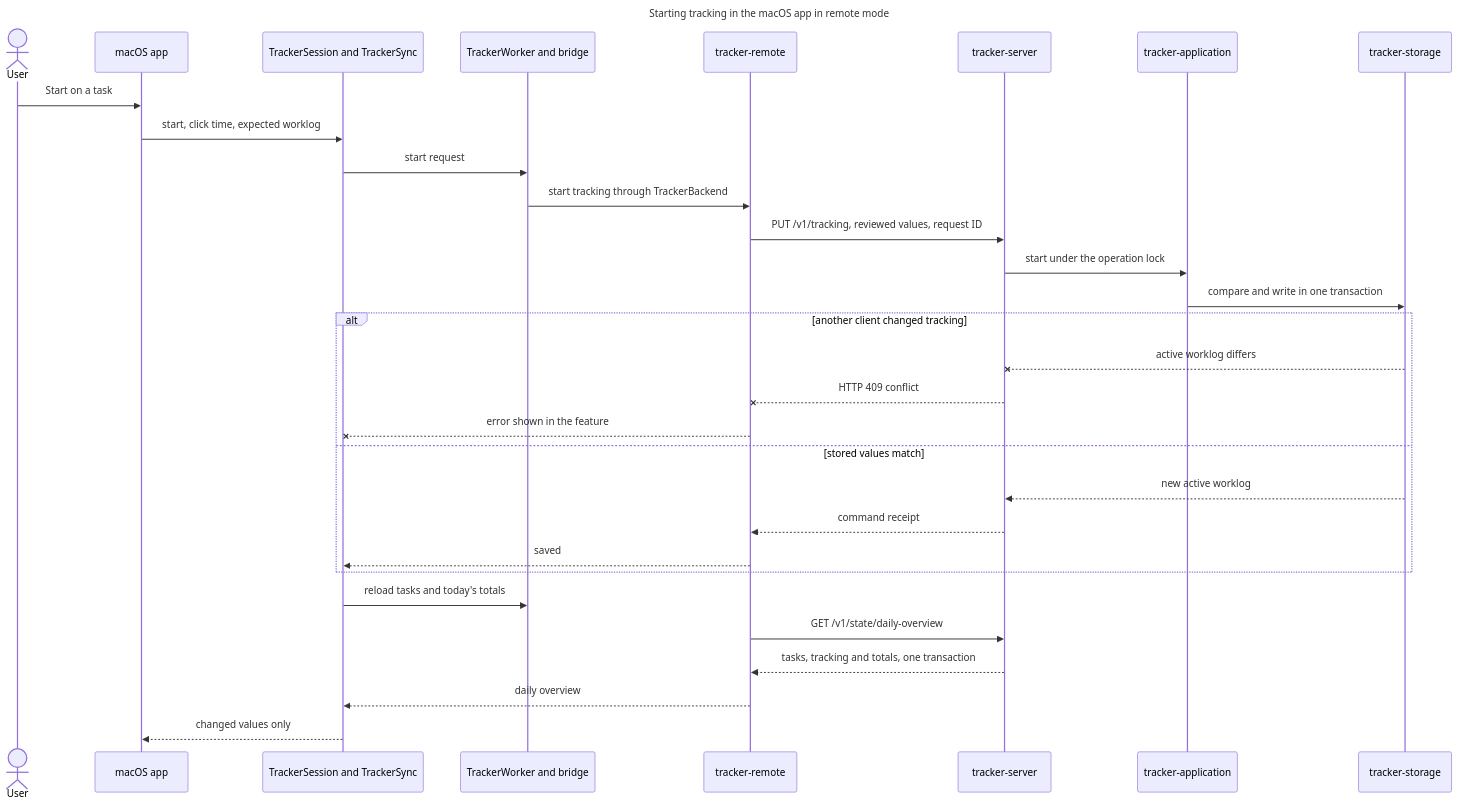
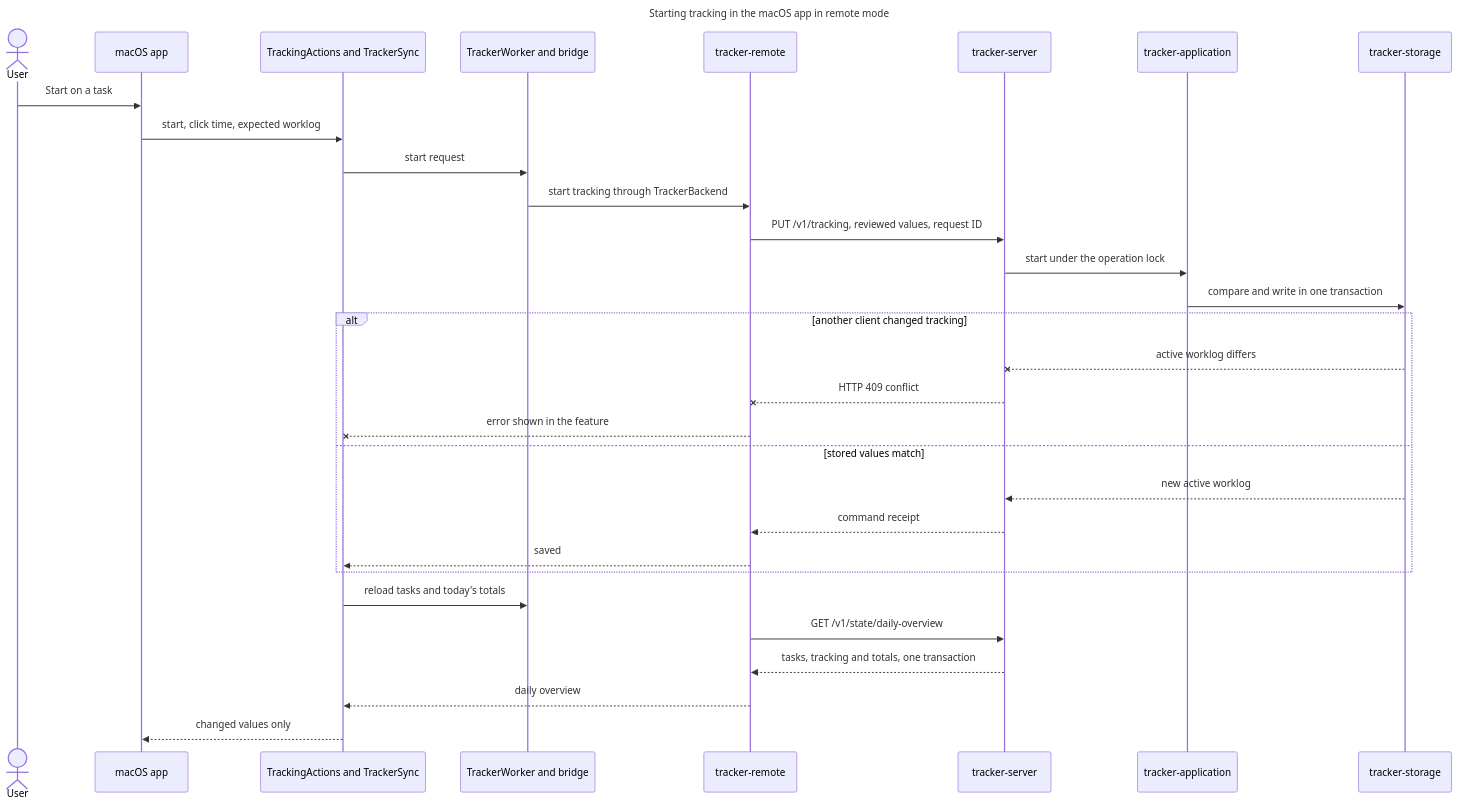
Before and after one commit to remshams/time-tracker: the fifth of 6 diagrams in docs/architecture/architecture.md, drawn with Mermaid. The commit also changed other lines of this file and 1 other file, not shown here.

First line of the commit message:
docs(Architecture): name TrackingActions and TrackingAutomationStore

````diff
--- a/docs/architecture/architecture.md
+++ b/docs/architecture/architecture.md
@@ -238,35 +242,35 @@
 ```mermaid
 ---
 title: Starting tracking in the macOS app in remote mode
 ---
 sequenceDiagram
     actor User
     participant App as macOS app
-    participant Session as TrackerSession and TrackerSync
+    participant Session as TrackingActions and TrackerSync
     participant Worker as TrackerWorker and bridge
     participant Remote as tracker-remote
     participant Server as tracker-server
     participant Application as tracker-application
     participant Storage as tracker-storage
     User->>App: Start on a task
     App->>Session: start, click time, expected worklog
     Session->>Worker: start request
     Worker->>Remote: start tracking through TrackerBackend
     Remote->>Server: PUT /v1/tracking, reviewed values, request ID
     Server->>Application: start under the operation lock
     Application->>Storage: compare and write in one transaction
     alt another client changed tracking
         Storage--xServer: active worklog differs
         Server--xRemote: HTTP 409 conflict
         Remote--xSession: error shown in the feature
     else stored values match
         Storage-->>Server: new active worklog
         Server-->>Remote: command receipt
         Remote-->>Session: saved
     end
     Session->>Worker: reload tasks and today's totals
     Remote->>Server: GET /v1/state/daily-overview
     Server-->>Remote: tasks, tracking and totals, one transaction
     Remote-->>Session: daily overview
     Session-->>App: changed values only
 ```
````
